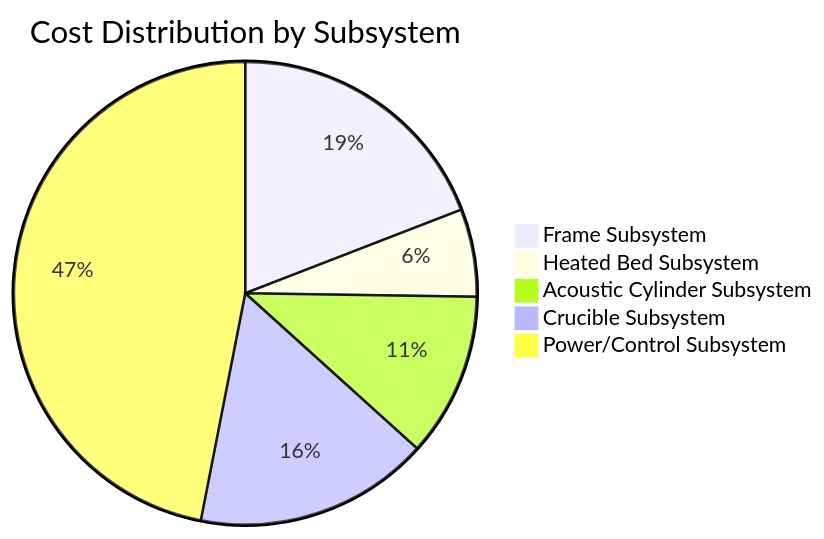
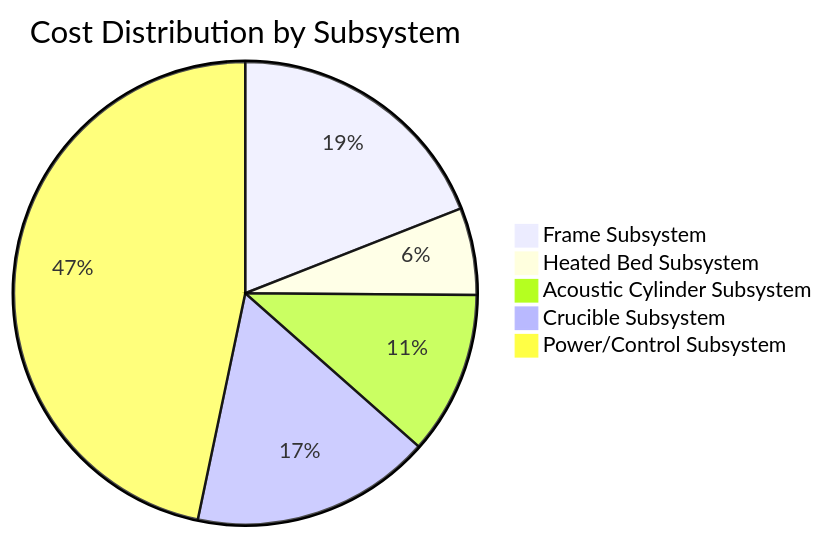
Before and after one commit to jnarwell/drip: the first of 2 diagrams in docs/dashboard.md, drawn with Mermaid. The commit also changed other lines of this file and 19 other files, not shown here.

````diff
--- a/docs/dashboard.md
+++ b/docs/dashboard.md
@@ -48,8 +48,8 @@
 ```mermaid
 pie title Cost Distribution by Subsystem
     "Frame Subsystem" : 4240
     "Heated Bed Subsystem" : 1356
     "Acoustic Cylinder Subsystem" : 2540
-    "Crucible Subsystem" : 3634
+    "Crucible Subsystem" : 3735
     "Power/Control Subsystem" : 10405
 ```
````
